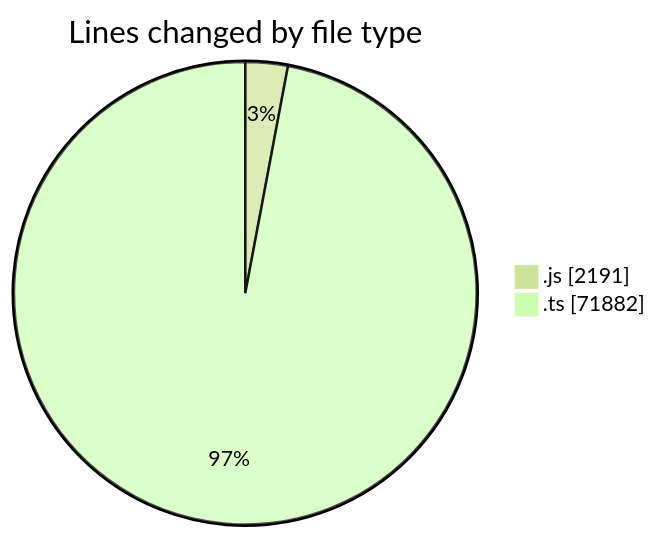
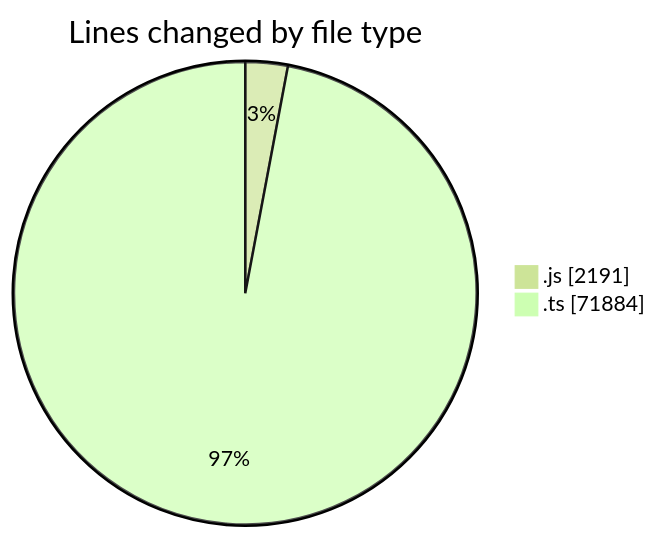
One commit to momahboobian/code-tracking changed the first of 2 diagrams in 2025-06-19/cda/README.md. Above: the diagram before and after it, drawn with Mermaid (forest theme). The commit also changed other lines of this file and 1 other file, not shown here.

````diff
--- a/2025-06-19/cda/README.md
+++ b/2025-06-19/cda/README.md
@@ -38,6 +38,6 @@
 ```mermaid
 pie showData
 title Lines changed by file type
 ".js" : 2191
-".ts" : 71882
+".ts" : 71884
 ```
````
